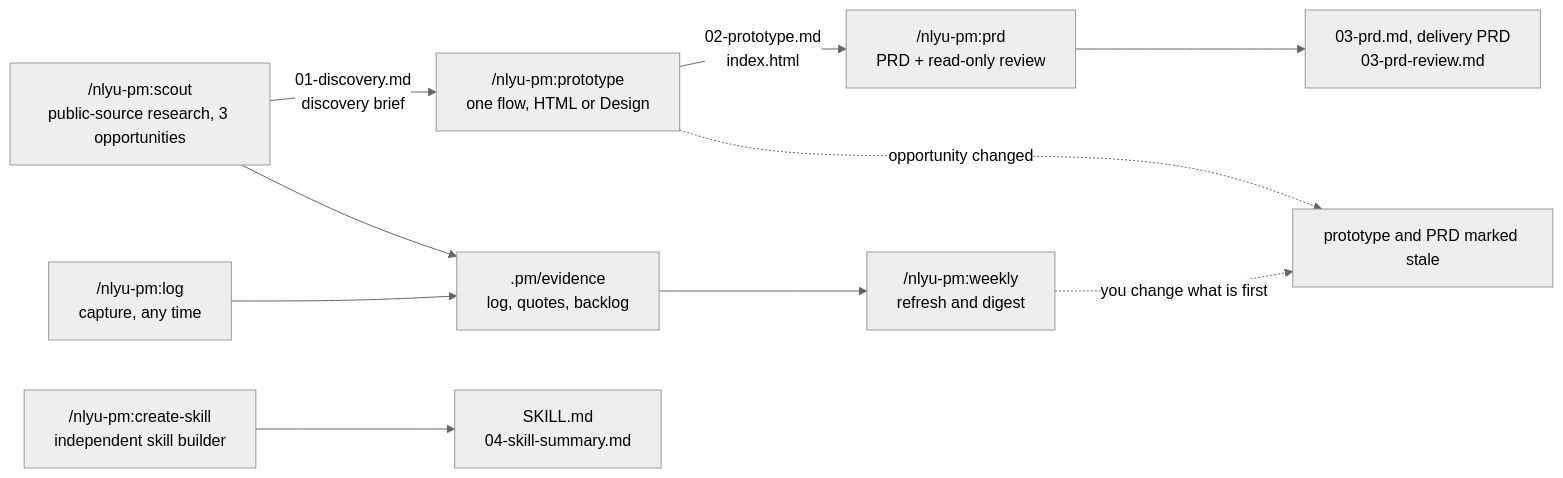
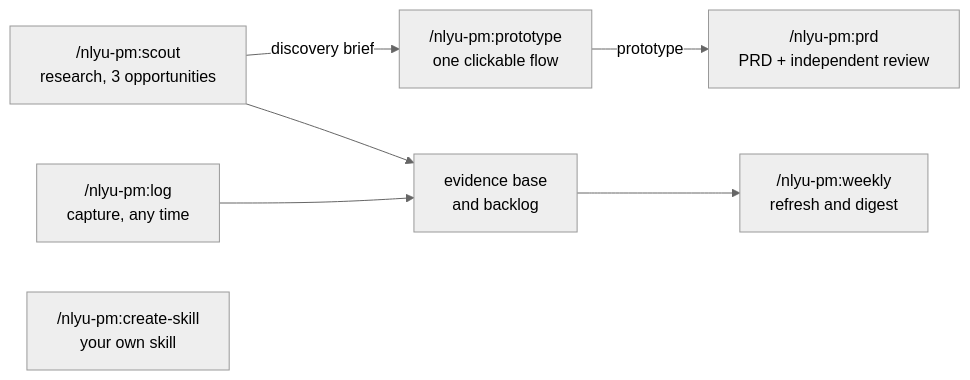
The diagram in README.md (niancilyu-2/nlyu-pm), drawn with Mermaid (neutral theme) before and after one commit. The commit also changed other lines of this file and 10 other files, not shown here.

````diff
--- a/README.md
+++ b/README.md
@@ -141,12 +123,9 @@
 ```mermaid
 flowchart LR
-  S["/nlyu-pm:scout<br/>public-source research, 3 opportunities"] -->|"01-discovery.md<br/>discovery brief"| P["/nlyu-pm:prototype<br/>one flow, HTML or Design"]
-  P -->|"02-prototype.md<br/>index.html"| R["/nlyu-pm:prd<br/>PRD + read-only review"]
-  R --> H["03-prd.md, delivery PRD<br/>03-prd-review.md"]
-  P -. "opportunity changed" .-> stale["prototype and PRD marked stale"]
-  L["/nlyu-pm:log<br/>capture, any time"] --> E[".pm/evidence<br/>log, quotes, backlog"]
+  S["/nlyu-pm:scout<br/>research, 3 opportunities"] -->|"discovery brief"| P["/nlyu-pm:prototype<br/>one clickable flow"]
+  P -->|"prototype"| R["/nlyu-pm:prd<br/>PRD + independent review"]
+  L["/nlyu-pm:log<br/>capture, any time"] --> E["evidence base<br/>and backlog"]
   S --> E
   E --> W["/nlyu-pm:weekly<br/>refresh and digest"]
-  W -. "you change what is first" .-> stale
-  C["/nlyu-pm:create-skill<br/>independent skill builder"] --> K["SKILL.md<br/>04-skill-summary.md"]
+  C["/nlyu-pm:create-skill<br/>your own skill"]
 ```
````
